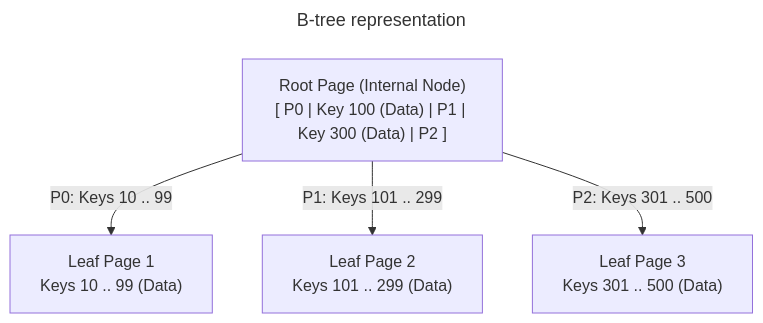
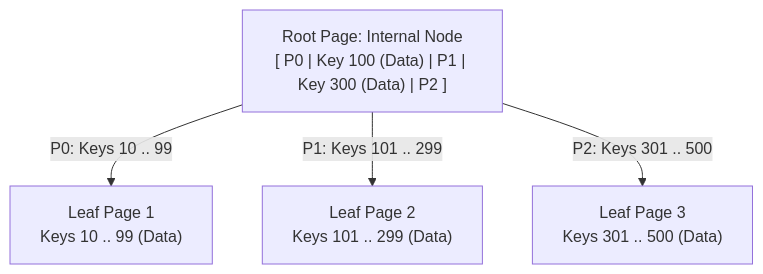
Before and after one commit to VineethChivukula/dedocs: the first of 4 diagrams in content/sql/indexing-internals.md, drawn with Mermaid. The commit also changed other lines of this file and 26 other files, not shown here.

````diff
--- a/content/sql/indexing-internals.md
+++ b/content/sql/indexing-internals.md
@@ -22,15 +25,12 @@
 ```mermaid
----
-title: B-tree representation
----
 flowchart TD
-    Root["Root Page (Internal Node)<br/>[ P0 | Key 100 (Data) | P1 | Key 300 (Data) | P2 ]"]
+    Root["Root Page: Internal Node<br/>[ P0 | Key 100 (Data) | P1 | Key 300 (Data) | P2 ]"]
 
     Leaf1["Leaf Page 1<br/>Keys 10 .. 99 (Data)"]
     Leaf2["Leaf Page 2<br/>Keys 101 .. 299 (Data)"]
     Leaf3["Leaf Page 3<br/>Keys 301 .. 500 (Data)"]
 
     Root -->|"P0: Keys 10 .. 99"| Leaf1
     Root -->|"P1: Keys 101 .. 299"| Leaf2
     Root -->|"P2: Keys 301 .. 500"| Leaf3
 ```
````
